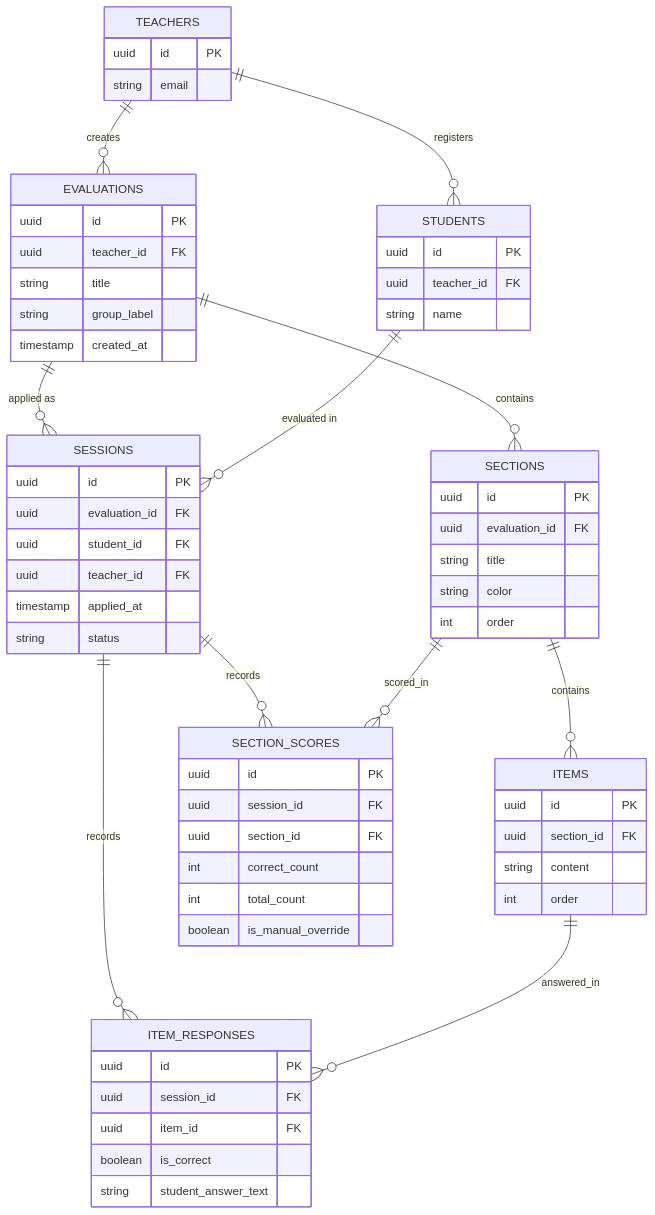
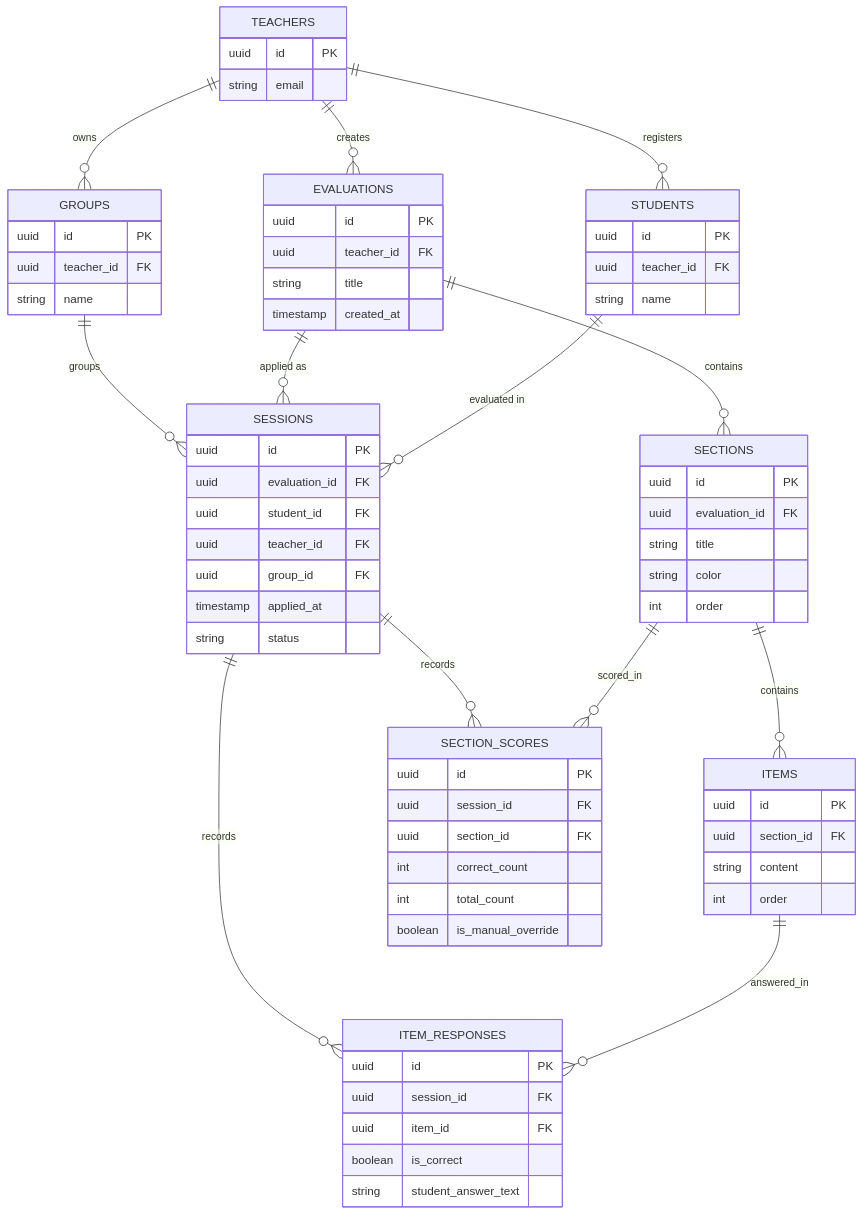
Before and after one commit to Ricsasa/evaluacion-academica: the diagram in docs/CLAUDE.md, drawn with Mermaid. The commit also changed other lines of this file and 19 other files, not shown here.

````diff
--- a/docs/CLAUDE.md
+++ b/docs/CLAUDE.md
@@ -93,66 +99,73 @@
 ```mermaid
 erDiagram
   TEACHERS ||--o{ EVALUATIONS : creates
   TEACHERS ||--o{ STUDENTS : registers
+  TEACHERS ||--o{ GROUPS : owns
+  GROUPS ||--o{ SESSIONS : "groups"
   EVALUATIONS ||--o{ SECTIONS : contains
   SECTIONS ||--o{ ITEMS : contains
   EVALUATIONS ||--o{ SESSIONS : "applied as"
   STUDENTS ||--o{ SESSIONS : "evaluated in"
   SESSIONS ||--o{ ITEM_RESPONSES : records
   SESSIONS ||--o{ SECTION_SCORES : records
   ITEMS ||--o{ ITEM_RESPONSES : answered_in
   SECTIONS ||--o{ SECTION_SCORES : scored_in
 
   TEACHERS {
     uuid id PK
     string email
   }
   STUDENTS {
     uuid id PK
     uuid teacher_id FK
     string name
   }
+  GROUPS {
+    uuid id PK
+    uuid teacher_id FK
+    string name
+  }
   EVALUATIONS {
     uuid id PK
     uuid teacher_id FK
     string title
-    string group_label
     timestamp created_at
   }
   SECTIONS {
     uuid id PK
     uuid evaluation_id FK
     string title
     string color
     int order
   }
   ITEMS {
     uuid id PK
     uuid section_id FK
     string content
     int order
   }
   SESSIONS {
     uuid id PK
     uuid evaluation_id FK
     uuid student_id FK
     uuid teacher_id FK
+    uuid group_id FK
     timestamp applied_at
     string status
   }
   ITEM_RESPONSES {
     uuid id PK
     uuid session_id FK
     uuid item_id FK
     boolean is_correct
     string student_answer_text
   }
   SECTION_SCORES {
     uuid id PK
     uuid session_id FK
     uuid section_id FK
     int correct_count
     int total_count
     boolean is_manual_override
   }
 ```
````
